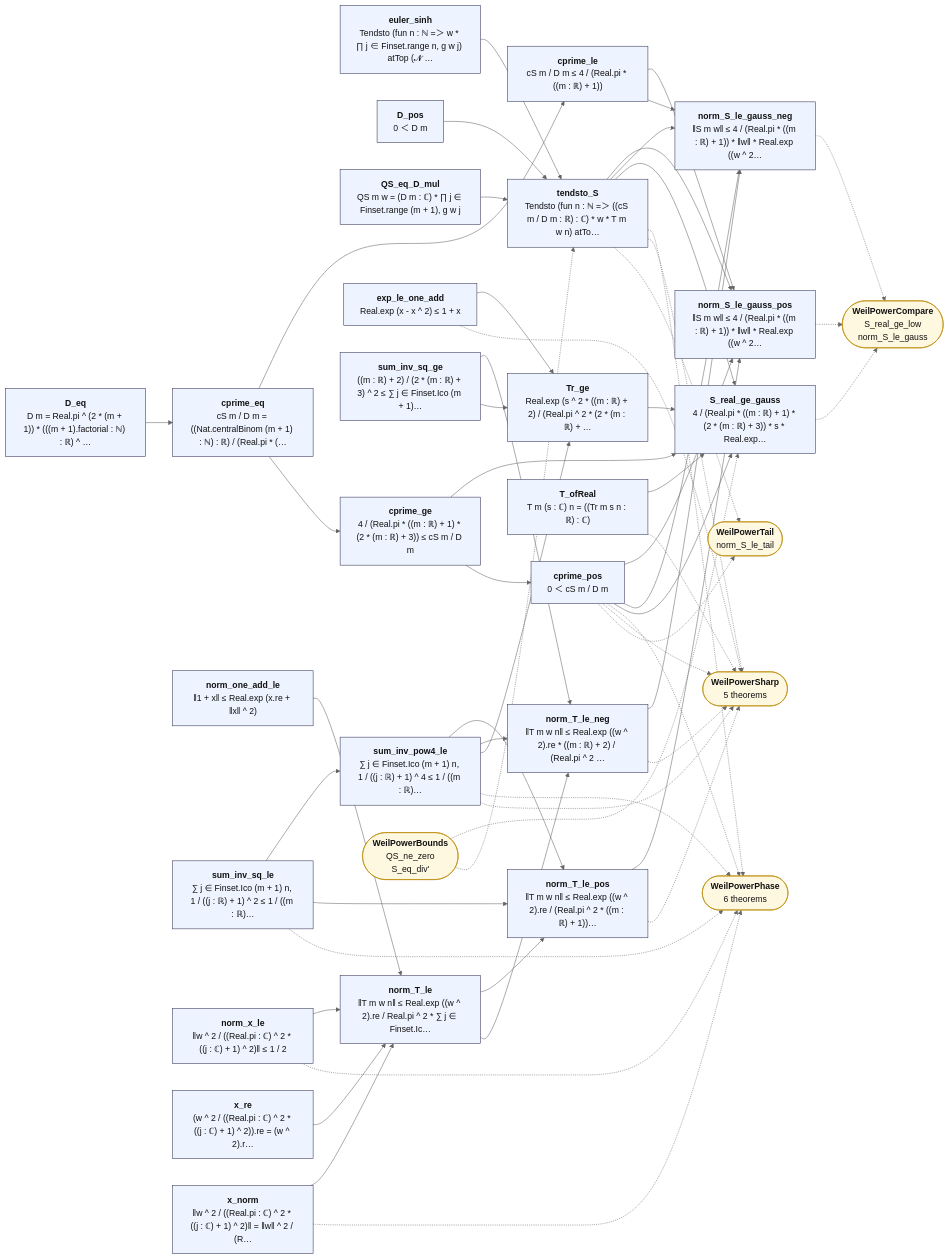
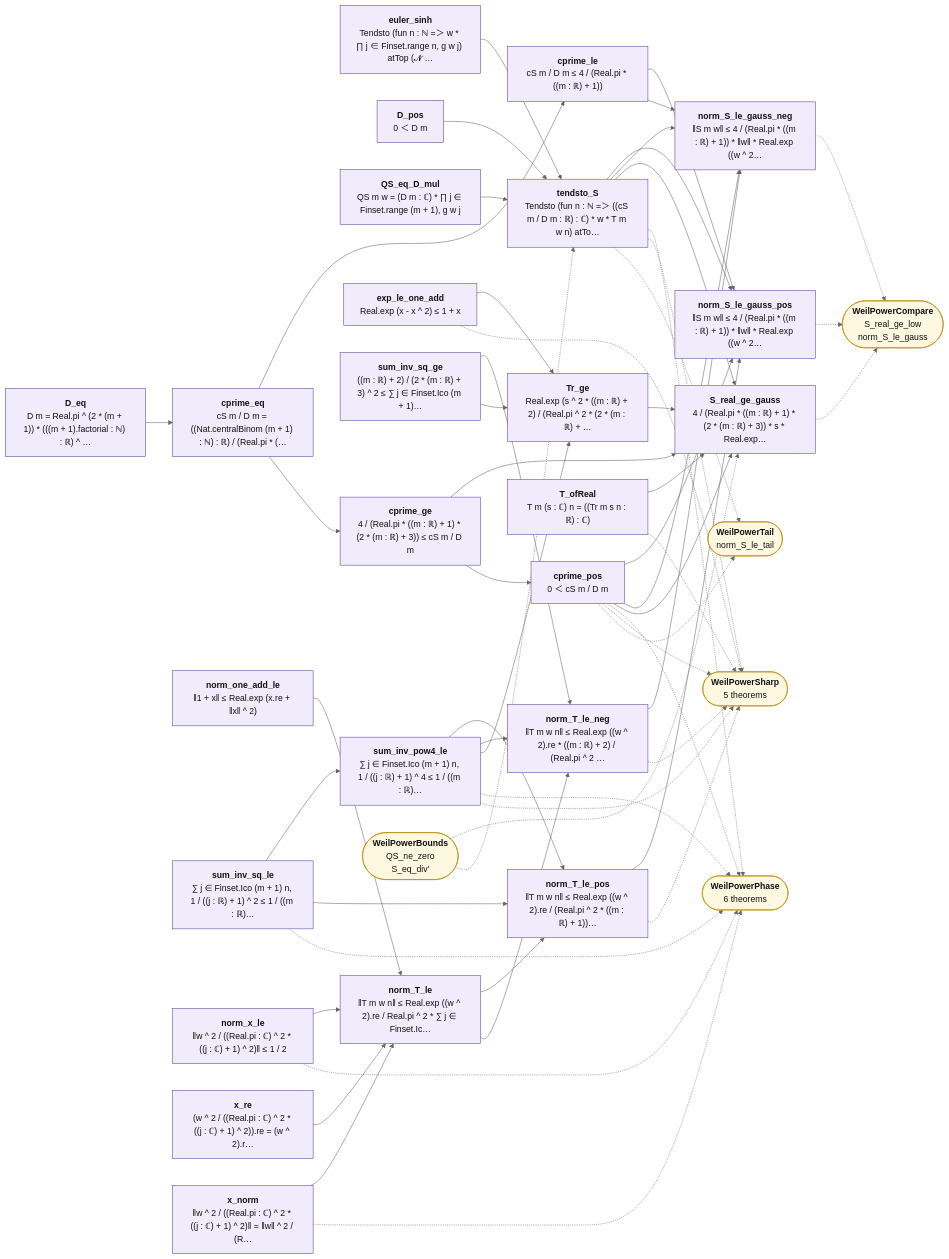
One commit to juliansambranojr/Primebeat_081426 changed the diagram in map/lean_stage3/WeilPowerGauss.md. Above: the diagram before and after it, drawn with Mermaid (neutral theme). The commit also changed other lines of this file and 398 other files, not shown here.

````diff
--- a/map/lean_stage3/WeilPowerGauss.md
+++ b/map/lean_stage3/WeilPowerGauss.md
@@ -12,30 +12,30 @@
 ```mermaid
 flowchart LR
-  n0["<b>euler_sinh</b><br/>Tendsto (fun n : ℕ =＞ w * ∏ j ∈ Finset.range n, g w j) atTop (𝓝 …"]:::thm
-  n1["<b>D_pos</b><br/>0 ＜ D m"]:::thm
-  n2["<b>D_eq</b><br/>D m = Real.pi ^ (2 * (m + 1)) * (((m + 1).factorial : ℕ) : ℝ) ^ …"]:::thm
-  n3["<b>QS_eq_D_mul</b><br/>QS m w = (D m : ℂ) * ∏ j ∈ Finset.range (m + 1), g w j"]:::thm
-  n4["<b>cprime_eq</b><br/>cS m / D m = ((Nat.centralBinom (m + 1) : ℕ) : ℝ) / (Real.pi * (…"]:::thm
-  n5["<b>cprime_le</b><br/>cS m / D m ≤ 4 / (Real.pi * ((m : ℝ) + 1))"]:::thm
-  n6["<b>cprime_ge</b><br/>4 / (Real.pi * ((m : ℝ) + 1) * (2 * (m : ℝ) + 3)) ≤ cS m / D m"]:::thm
-  n7["<b>cprime_pos</b><br/>0 ＜ cS m / D m"]:::thm
-  n8["<b>tendsto_S</b><br/>Tendsto (fun n : ℕ =＞ ((cS m / D m : ℝ) : ℂ) * w * T m w n) atTo…"]:::thm
-  n9["<b>norm_one_add_le</b><br/>‖1 + x‖ ≤ Real.exp (x.re + ‖x‖ ^ 2)"]:::thm
-  n10["<b>exp_le_one_add</b><br/>Real.exp (x - x ^ 2) ≤ 1 + x"]:::thm
-  n11["<b>sum_inv_sq_le</b><br/>∑ j ∈ Finset.Ico (m + 1) n, 1 / ((j : ℝ) + 1) ^ 2 ≤ 1 / ((m : ℝ)…"]:::thm
-  n12["<b>sum_inv_sq_ge</b><br/>((m : ℝ) + 2) / (2 * (m : ℝ) + 3) ^ 2 ≤ ∑ j ∈ Finset.Ico (m + 1)…"]:::thm
-  n13["<b>sum_inv_pow4_le</b><br/>∑ j ∈ Finset.Ico (m + 1) n, 1 / ((j : ℝ) + 1) ^ 4 ≤ 1 / ((m : ℝ)…"]:::thm
-  n14["<b>norm_x_le</b><br/>‖w ^ 2 / ((Real.pi : ℂ) ^ 2 * ((j : ℂ) + 1) ^ 2)‖ ≤ 1 / 2"]:::thm
-  n15["<b>x_re</b><br/>(w ^ 2 / ((Real.pi : ℂ) ^ 2 * ((j : ℂ) + 1) ^ 2)).re = (w ^ 2).r…"]:::thm
-  n16["<b>x_norm</b><br/>‖w ^ 2 / ((Real.pi : ℂ) ^ 2 * ((j : ℂ) + 1) ^ 2)‖ = ‖w‖ ^ 2 / (R…"]:::thm
-  n17["<b>norm_T_le</b><br/>‖T m w n‖ ≤ Real.exp ((w ^ 2).re / Real.pi ^ 2 * ∑ j ∈ Finset.Ic…"]:::thm
-  n18["<b>norm_T_le_pos</b><br/>‖T m w n‖ ≤ Real.exp ((w ^ 2).re / (Real.pi ^ 2 * ((m : ℝ) + 1))…"]:::thm
-  n19["<b>norm_T_le_neg</b><br/>‖T m w n‖ ≤ Real.exp ((w ^ 2).re * ((m : ℝ) + 2) / (Real.pi ^ 2 …"]:::thm
-  n20["<b>norm_S_le_gauss_pos</b><br/>‖S m w‖ ≤ 4 / (Real.pi * ((m : ℝ) + 1)) * ‖w‖ * Real.exp ((w ^ 2…"]:::thm
-  n21["<b>norm_S_le_gauss_neg</b><br/>‖S m w‖ ≤ 4 / (Real.pi * ((m : ℝ) + 1)) * ‖w‖ * Real.exp ((w ^ 2…"]:::thm
-  n22["<b>T_ofReal</b><br/>T m (s : ℂ) n = ((Tr m s n : ℝ) : ℂ)"]:::thm
-  n23["<b>Tr_ge</b><br/>Real.exp (s ^ 2 * ((m : ℝ) + 2) / (Real.pi ^ 2 * (2 * (m : ℝ) + …"]:::thm
-  n24["<b>S_real_ge_gauss</b><br/>4 / (Real.pi * ((m : ℝ) + 1) * (2 * (m : ℝ) + 3)) * s * Real.exp…"]:::thm
+  n0["<b>euler_sinh</b><br/>Tendsto (fun n : ℕ =＞ w * ∏ j ∈ Finset.range n, g w j) atTop (𝓝 …"]:::shp
+  n1["<b>D_pos</b><br/>0 ＜ D m"]:::shp
+  n2["<b>D_eq</b><br/>D m = Real.pi ^ (2 * (m + 1)) * (((m + 1).factorial : ℕ) : ℝ) ^ …"]:::shp
+  n3["<b>QS_eq_D_mul</b><br/>QS m w = (D m : ℂ) * ∏ j ∈ Finset.range (m + 1), g w j"]:::shp
+  n4["<b>cprime_eq</b><br/>cS m / D m = ((Nat.centralBinom (m + 1) : ℕ) : ℝ) / (Real.pi * (…"]:::shp
+  n5["<b>cprime_le</b><br/>cS m / D m ≤ 4 / (Real.pi * ((m : ℝ) + 1))"]:::shp
+  n6["<b>cprime_ge</b><br/>4 / (Real.pi * ((m : ℝ) + 1) * (2 * (m : ℝ) + 3)) ≤ cS m / D m"]:::shp
+  n7["<b>cprime_pos</b><br/>0 ＜ cS m / D m"]:::shp
+  n8["<b>tendsto_S</b><br/>Tendsto (fun n : ℕ =＞ ((cS m / D m : ℝ) : ℂ) * w * T m w n) atTo…"]:::shp
+  n9["<b>norm_one_add_le</b><br/>‖1 + x‖ ≤ Real.exp (x.re + ‖x‖ ^ 2)"]:::shp
+  n10["<b>exp_le_one_add</b><br/>Real.exp (x - x ^ 2) ≤ 1 + x"]:::shp
+  n11["<b>sum_inv_sq_le</b><br/>∑ j ∈ Finset.Ico (m + 1) n, 1 / ((j : ℝ) + 1) ^ 2 ≤ 1 / ((m : ℝ)…"]:::shp
+  n12["<b>sum_inv_sq_ge</b><br/>((m : ℝ) + 2) / (2 * (m : ℝ) + 3) ^ 2 ≤ ∑ j ∈ Finset.Ico (m + 1)…"]:::shp
+  n13["<b>sum_inv_pow4_le</b><br/>∑ j ∈ Finset.Ico (m + 1) n, 1 / ((j : ℝ) + 1) ^ 4 ≤ 1 / ((m : ℝ)…"]:::shp
+  n14["<b>norm_x_le</b><br/>‖w ^ 2 / ((Real.pi : ℂ) ^ 2 * ((j : ℂ) + 1) ^ 2)‖ ≤ 1 / 2"]:::shp
+  n15["<b>x_re</b><br/>(w ^ 2 / ((Real.pi : ℂ) ^ 2 * ((j : ℂ) + 1) ^ 2)).re = (w ^ 2).r…"]:::shp
+  n16["<b>x_norm</b><br/>‖w ^ 2 / ((Real.pi : ℂ) ^ 2 * ((j : ℂ) + 1) ^ 2)‖ = ‖w‖ ^ 2 / (R…"]:::shp
+  n17["<b>norm_T_le</b><br/>‖T m w n‖ ≤ Real.exp ((w ^ 2).re / Real.pi ^ 2 * ∑ j ∈ Finset.Ic…"]:::shp
+  n18["<b>norm_T_le_pos</b><br/>‖T m w n‖ ≤ Real.exp ((w ^ 2).re / (Real.pi ^ 2 * ((m : ℝ) + 1))…"]:::shp
+  n19["<b>norm_T_le_neg</b><br/>‖T m w n‖ ≤ Real.exp ((w ^ 2).re * ((m : ℝ) + 2) / (Real.pi ^ 2 …"]:::shp
+  n20["<b>norm_S_le_gauss_pos</b><br/>‖S m w‖ ≤ 4 / (Real.pi * ((m : ℝ) + 1)) * ‖w‖ * Real.exp ((w ^ 2…"]:::shp
+  n21["<b>norm_S_le_gauss_neg</b><br/>‖S m w‖ ≤ 4 / (Real.pi * ((m : ℝ) + 1)) * ‖w‖ * Real.exp ((w ^ 2…"]:::shp
+  n22["<b>T_ofReal</b><br/>T m (s : ℂ) n = ((Tr m s n : ℝ) : ℂ)"]:::shp
+  n23["<b>Tr_ge</b><br/>Real.exp (s ^ 2 * ((m : ℝ) + 2) / (Real.pi ^ 2 * (2 * (m : ℝ) + …"]:::shp
+  n24["<b>S_real_ge_gauss</b><br/>4 / (Real.pi * ((m : ℝ) + 1) * (2 * (m : ℝ) + 3)) * s * Real.exp…"]:::shp
   x0(["<b>WeilPowerPhase</b><br/>6 theorems"]):::ext
   x1(["<b>WeilPowerSharp</b><br/>5 theorems"]):::ext
   x2(["<b>WeilPowerTail</b><br/>norm_S_le_tail"]):::ext
@@ -95,6 +95,9 @@
   n8 -.-> x2
   x3 -.-> n24
   x3 -.-> n8
+  classDef cnt fill:#dff5ec,stroke:#17694a,color:#111
+  classDef shp fill:#f1ecfb,stroke:#5b3fa0,color:#111
+  classDef rh fill:#ffe5e5,stroke:#c22,color:#111,stroke-width:2px
   classDef thm fill:#eef4ff,stroke:#335,color:#111
   classDef end_ fill:#e7f7e7,stroke:#2a7,color:#111,stroke-width:2px
   classDef lone fill:#fff,stroke:#999,color:#111,stroke-dasharray:4 3
````
